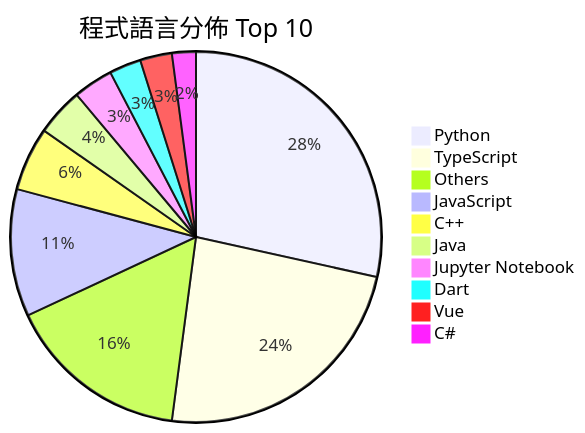
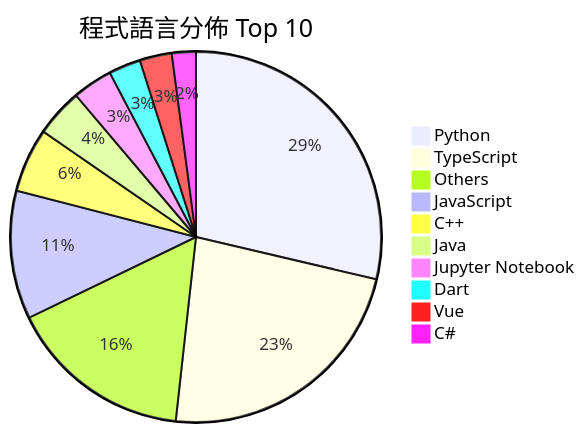
One commit to Andy87877/GitHub-Star-Manager changed the second of 2 diagrams in README.md. Above: the diagram before and after it, drawn with Mermaid. The commit also changed other lines of this file and 3 other files, not shown here.

````diff
--- a/README.md
+++ b/README.md
@@ -27,13 +27,13 @@
 ```mermaid
 pie title 程式語言分佈 Top 10
     "Python" : 41
-    "TypeScript" : 34
+    "TypeScript" : 33
     "Others" : 23
     "JavaScript" : 16
     "C++" : 8
     "Java" : 6
     "Jupyter Notebook" : 5
     "Dart" : 4
     "Vue" : 4
     "C#" : 3
 ```
````
